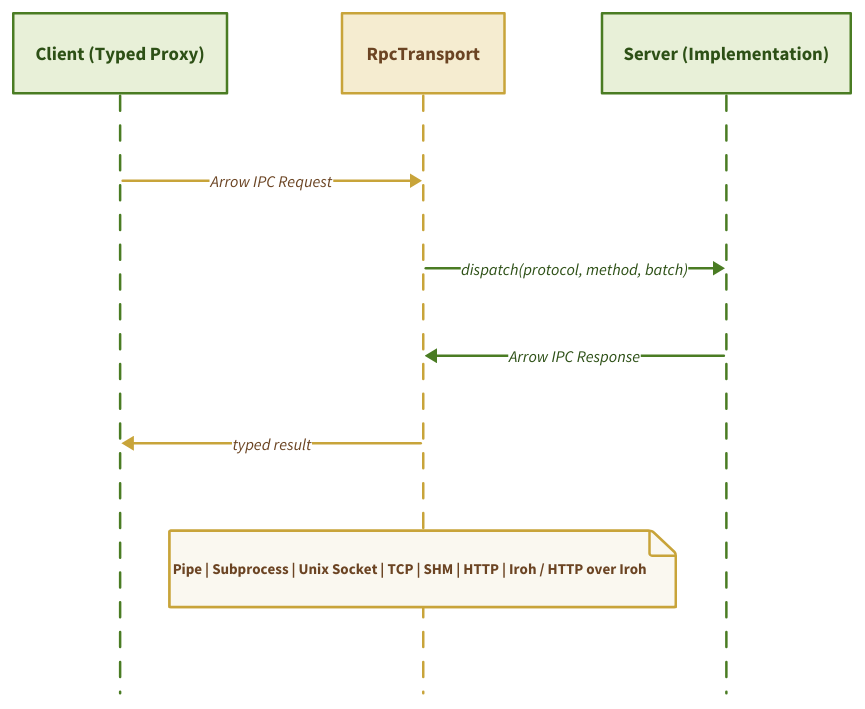
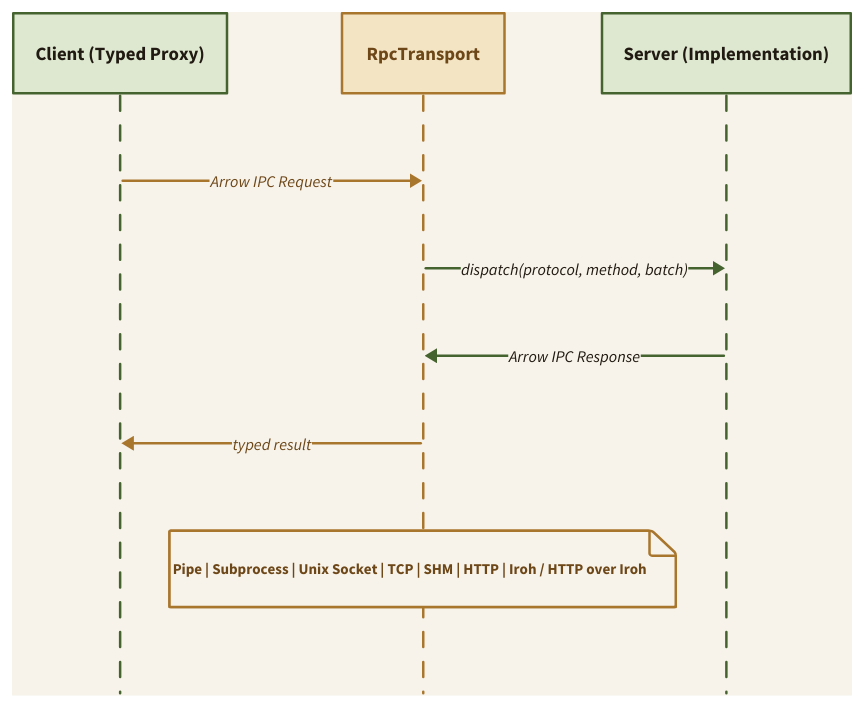
Before and after one commit to Query-farm/vgi-rpc-website: the diagram in src/diagrams/transport-overview.d2, drawn with D2. The commit also changed 51 other files, not shown here.

First line of the commit message:
Restyle as a Query.Farm site and tighten homepage copy

```diff
--- a/src/diagrams/transport-overview.d2
+++ b/src/diagrams/transport-overview.d2
@@ -1,62 +1,72 @@
+# Strata Sun palette (query-farm-astro DESIGN_BRIEF §10): soil-50 ground,
+# field for the endpoints, sun for the transport.
+vars: {
+  d2-config: {
+    theme-overrides: {
+      N7: "#f7f3ea"
+    }
+  }
+}
+
 shape: sequence_diagram
 
 client: Client (Typed Proxy) {
   style: {
-    fill: "#e8f0d8"
-    stroke: "#4a7c23"
-    font-color: "#2d5016"
+    fill: "#dee8d1"
+    stroke: "#45632f"
+    font-color: "#211a12"
     bold: true
     font-size: 15
   }
 }
 
 transport: RpcTransport {
   style: {
-    fill: "#f5ecd0"
-    stroke: "#c8a43a"
-    font-color: "#6b4423"
+    fill: "#f3e4c4"
+    stroke: "#a9762e"
+    font-color: "#6d4718"
     bold: true
     font-size: 15
   }
 }
 
 server: Server (Implementation) {
   style: {
-    fill: "#e8f0d8"
-    stroke: "#4a7c23"
-    font-color: "#2d5016"
+    fill: "#dee8d1"
+    stroke: "#45632f"
+    font-color: "#211a12"
     bold: true
     font-size: 15
   }
 }
 
 client -> transport: Arrow IPC Request {
-  style.stroke: "#c8a43a"
-  style.font-color: "#6b4423"
+  style.stroke: "#a9762e"
+  style.font-color: "#6d4718"
   style.font-size: 13
 }
 transport -> server: dispatch(protocol, method, batch) {
-  style.stroke: "#4a7c23"
-  style.font-color: "#2d5016"
+  style.stroke: "#45632f"
+  style.font-color: "#211a12"
   style.font-size: 13
 }
 server -> transport: Arrow IPC Response {
-  style.stroke: "#4a7c23"
-  style.font-color: "#2d5016"
+  style.stroke: "#45632f"
+  style.font-color: "#211a12"
   style.font-size: 13
 }
 transport -> client: typed result {
-  style.stroke: "#c8a43a"
-  style.font-color: "#6b4423"
+  style.stroke: "#a9762e"
+  style.font-color: "#6d4718"
   style.font-size: 13
 }
 
 transport."Pipe | Subprocess | Unix Socket | TCP | SHM | HTTP | Iroh / HTTP over Iroh" {
   style: {
-    fill: "#faf8f0"
-    stroke: "#c8a43a"
-    font-color: "#6b4423"
+    fill: "#f7f3ea"
+    stroke: "#a9762e"
+    font-color: "#6d4718"
     font-size: 12
     bold: true
   }
 }
```
